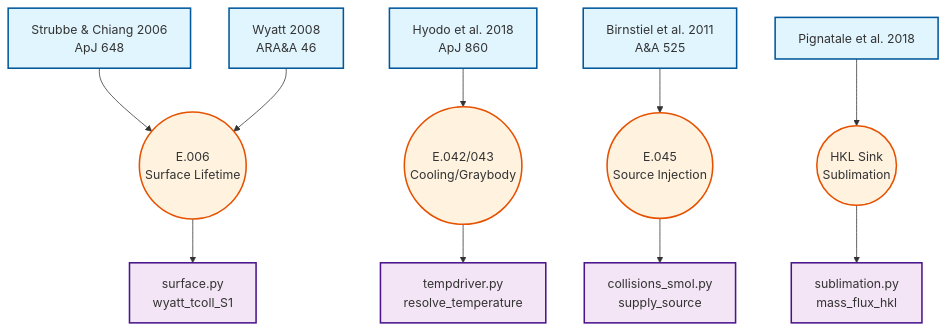
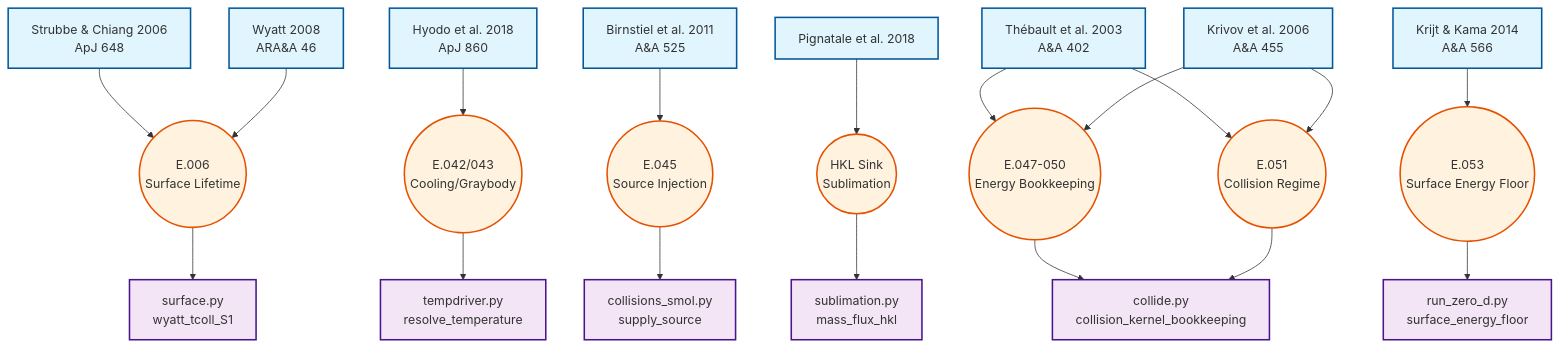
Before and after one commit to Einfeld686/MarsDiskSimulation: the diagram in analysis/provenance_report.md, drawn with Mermaid. The commit also changed other lines of this file and 31 other files, not shown here.

First line of the commit message:
Tighten energy bookkeeping outputs and collision kernel handling

````diff
--- a/analysis/provenance_report.md
+++ b/analysis/provenance_report.md
@@ -11,43 +11,61 @@
 ```mermaid
 graph TD
     %% 論文ノード
     SC06[Strubbe & Chiang 2006<br/>ApJ 648]
     Wyatt08[Wyatt 2008<br/>ARA&A 46]
     Hyodo18[Hyodo et al. 2018<br/>ApJ 860]
     Birn11[Birnstiel et al. 2011<br/>A&A 525]
     Pignatale18[Pignatale et al. 2018]
+    Thebault03[Thébault et al. 2003<br/>A&A 402]
+    Krivov06[Krivov et al. 2006<br/>A&A 455]
+    KrijtKama14[Krijt & Kama 2014<br/>A&A 566]
 
     %% 式/モデルノード
     E006((E.006<br/>Surface Lifetime))
     E042_043((E.042/043<br/>Cooling/Graybody))
     E045((E.045<br/>Source Injection))
     HKL((HKL Sink<br/>Sublimation))
+    E047_050((E.047-050<br/>Energy Bookkeeping))
+    E051((E.051<br/>Collision Regime))
+    E053((E.053<br/>Surface Energy Floor))
 
     %% コードノード
     C_Surface[surface.py<br/>wyatt_tcoll_S1]
     C_Temp[tempdriver.py<br/>resolve_temperature]
     C_Smol[collisions_smol.py<br/>supply_source]
     C_Sub[sublimation.py<br/>mass_flux_hkl]
+    C_Collide[collide.py<br/>collision_kernel_bookkeeping]
+    C_SurfEnergy[run_zero_d.py<br/>surface_energy_floor]
 
     %% 関係性
     SC06 --> E006
     Wyatt08 --> E006
     E006 --> C_Surface
 
     Hyodo18 --> E042_043
     E042_043 --> C_Temp
 
     Birn11 --> E045
     E045 --> C_Smol
 
     Pignatale18 --> HKL
     HKL --> C_Sub
 
+    Thebault03 --> E047_050
+    Krivov06 --> E047_050
+    Thebault03 --> E051
+    Krivov06 --> E051
+    E047_050 --> C_Collide
+    E051 --> C_Collide
+
+    KrijtKama14 --> E053
+    E053 --> C_SurfEnergy
+
     classDef paper fill:#e1f5fe,stroke:#01579b,stroke-width:2px;
     classDef eq fill:#fff3e0,stroke:#e65100,stroke-width:2px;
     classDef code fill:#f3e5f5,stroke:#4a148c,stroke-width:2px;
 
-    class SC06,Wyatt08,Hyodo18,Birn11,Pignatale18 paper;
-    class E006,E042_043,E045,HKL eq;
-    class C_Surface,C_Temp,C_Smol,C_Sub code;
+    class SC06,Wyatt08,Hyodo18,Birn11,Pignatale18,Thebault03,Krivov06,KrijtKama14 paper;
+    class E006,E042_043,E045,HKL,E047_050,E051,E053 eq;
+    class C_Surface,C_Temp,C_Smol,C_Sub,C_Collide,C_SurfEnergy code;
 ```
````
